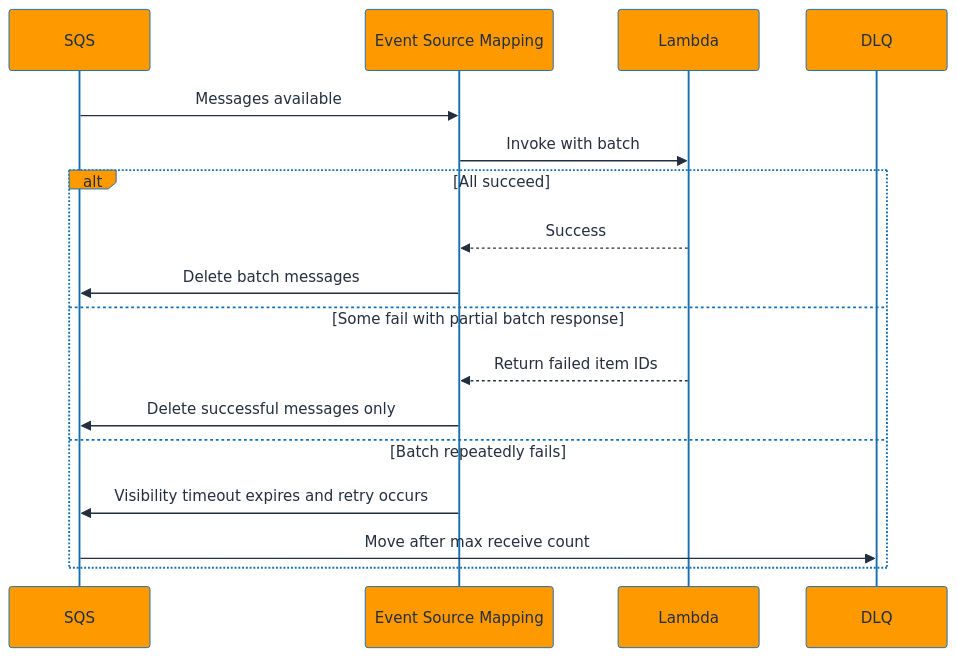
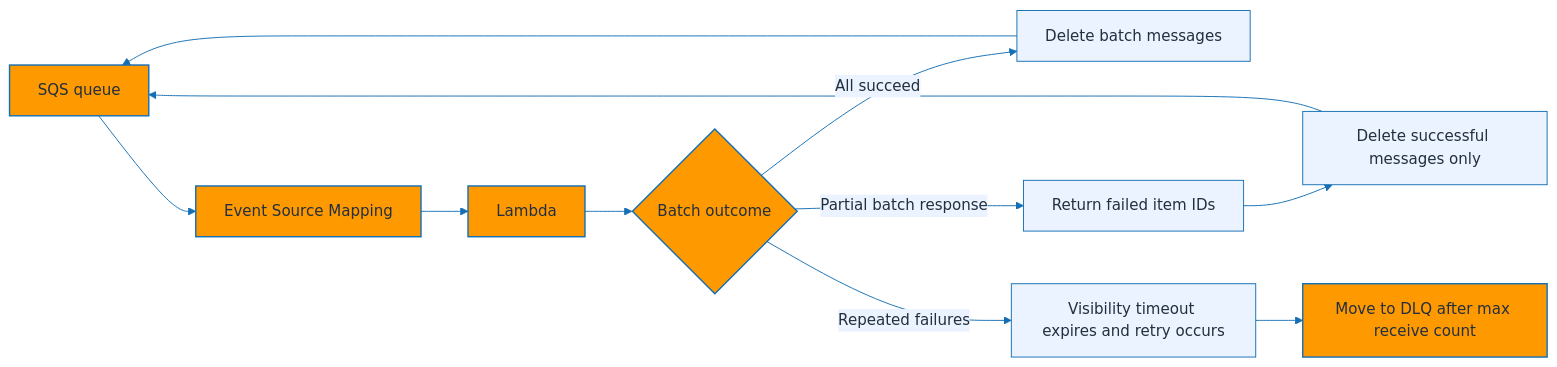
Before and after one commit to ShasidharReddy/AWS-Cloud-Engineer: diagram 11 of 31 in Serverless/README.md, drawn with Mermaid. The commit also changed other lines of this file and 14 other files, not shown here.

Commit message:
fix: resolve Mermaid rendering errors and add official AWS documentation links (#4)

````diff
--- a/Serverless/README.md
+++ b/Serverless/README.md
@@ -742,20 +732,18 @@
 ```mermaid
 %%{init: {'theme': 'base', 'themeVariables': { 'fontFamily': 'Inter, Arial', 'primaryColor': '#FF9900', 'primaryTextColor': '#232F3E', 'primaryBorderColor': '#146EB4', 'lineColor': '#146EB4', 'secondaryColor': '#EAF3FF', 'tertiaryColor': '#FFFFFF', 'clusterBkg': '#F7F7F7', 'clusterBorder': '#146EB4' }}}%%
-sequenceDiagram
-    participant SQS
-    participant ESM as Event Source Mapping
-    participant Lambda
-    participant DLQ
-    SQS->>ESM: Messages available
-    ESM->>Lambda: Invoke with batch
-    alt All succeed
-        Lambda-->>ESM: Success
-        ESM->>SQS: Delete batch messages
-    else Some fail with partial batch response
-        Lambda-->>ESM: Return failed item IDs
-        ESM->>SQS: Delete successful messages only
-    else Batch repeatedly fails
-        ESM->>SQS: Visibility timeout expires and retry occurs
-        SQS->>DLQ: Move after max receive count
-    end
+flowchart LR
+    SQS[SQS queue] --> ESM[Event Source Mapping]
+    ESM --> Lambda[Lambda]
+    Lambda --> Outcome{Batch outcome}
+    Outcome -->|All succeed| DeleteAll[Delete batch messages]
+    DeleteAll --> SQS
+    Outcome -->|Partial batch response| FailedIds[Return failed item IDs]
+    FailedIds --> DeleteSome[Delete successful messages only]
+    DeleteSome --> SQS
+    Outcome -->|Repeated failures| Retry[Visibility timeout expires and retry occurs]
+    Retry --> DLQ[Move to DLQ after max receive count]
+    classDef aws fill:#FF9900,color:#232F3E,stroke:#146EB4,stroke-width:1.5px;
+    classDef support fill:#EAF3FF,color:#232F3E,stroke:#146EB4,stroke-width:1px;
+    class SQS,ESM,Lambda,DLQ,Outcome aws;
+    class DeleteAll,FailedIds,DeleteSome,Retry support;
 ```
````
